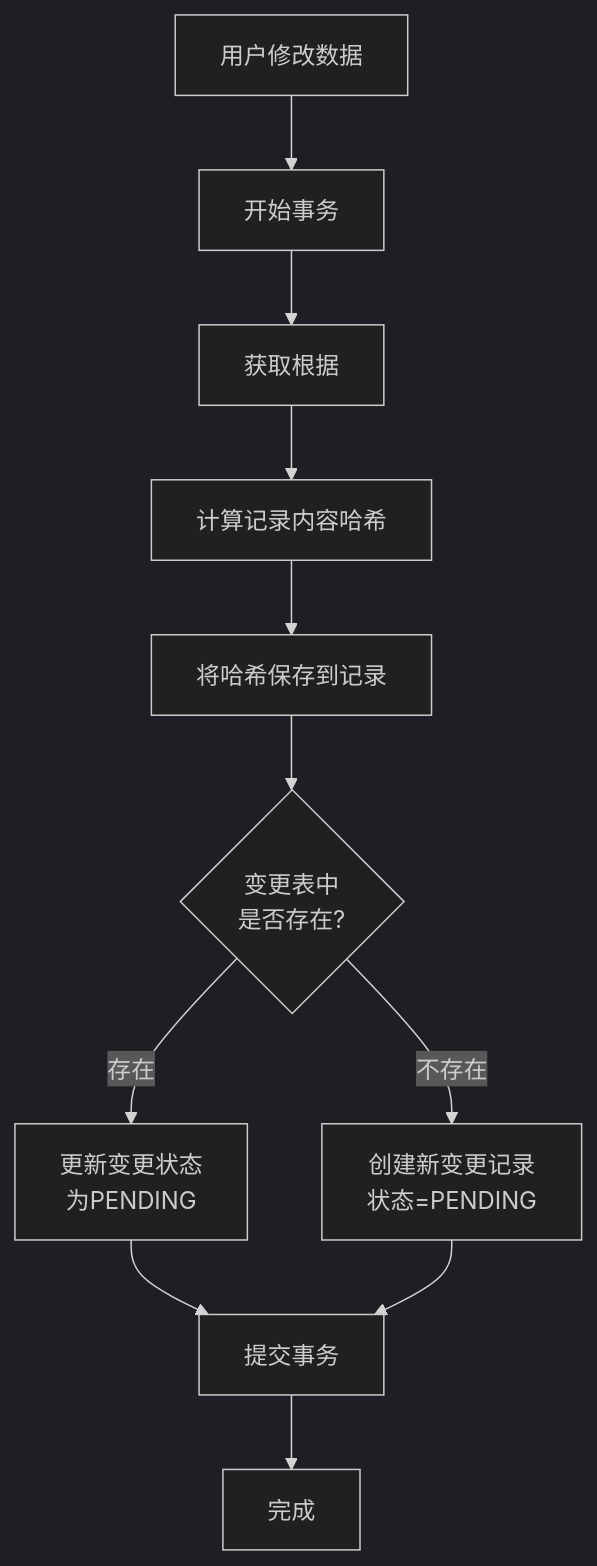
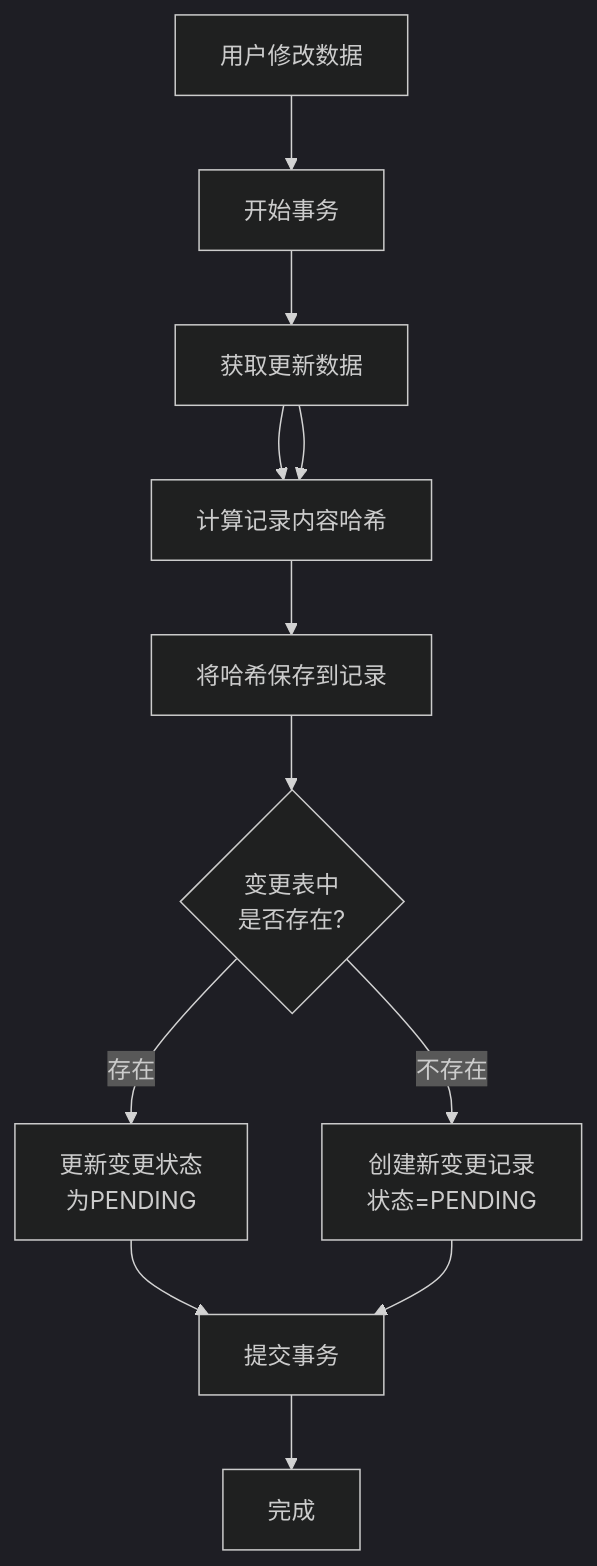
One commit to yingjianzh/iodraw-files changed the diagram in all/未命名-42.md. Above: the diagram before and after it, drawn with Mermaid (dark theme).

Commit message:
2025-04-24 15:26:43 update

````diff
--- a/all/未命名-42.md
+++ b/all/未命名-42.md
@@ -1,15 +1,16 @@
 ```mermaid
 flowchart TD
     Start[用户修改数据] --> StartTransaction[开始事务]
-    StartTransaction --> UpdateRecord[获取根据]
+    StartTransaction --> UpdateRecord[获取更新数据]
+    UpdateRecord --> ComputeHash[计算记录内容哈希]
     UpdateRecord --> ComputeHash[计算记录内容哈希]
     ComputeHash --> SaveHash[将哈希保存到记录]
     
     SaveHash --> CheckChangeExists{变更表中\n是否存在?}
     CheckChangeExists -- 存在 --> UpdateChange[更新变更状态\n为PENDING]
     CheckChangeExists -- 不存在 --> CreateChange[创建新变更记录\n状态=PENDING]
     
     UpdateChange --> CommitTransaction[提交事务]
     CreateChange --> CommitTransaction
     CommitTransaction --> End[完成]
 ```
````
